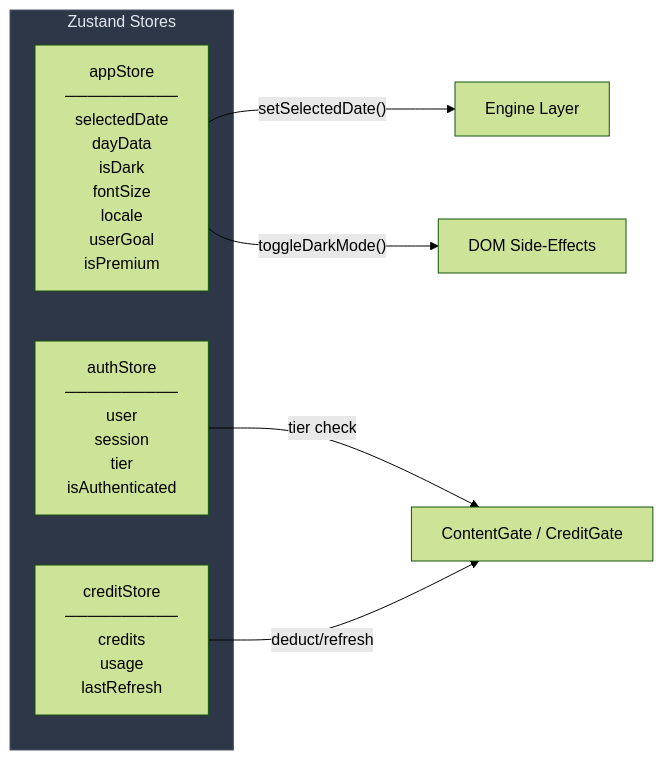
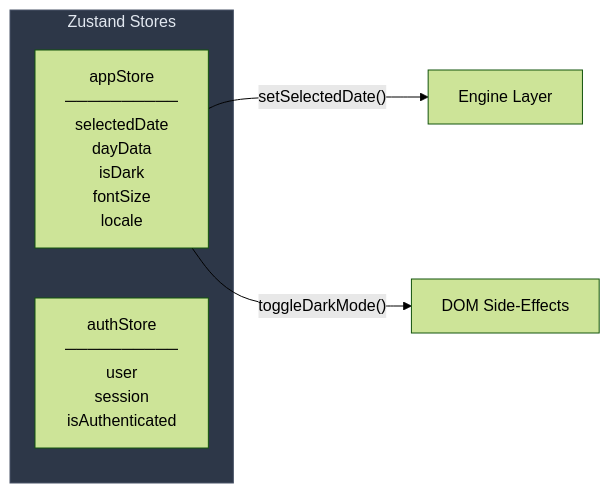
Before and after one commit to jakessteve/lich-viet: the third of 3 diagrams in docs/tech/ARCHITECTURE.md, drawn with Mermaid (forest theme). The commit also changed other lines of this file and 6 other files, not shown here.

````diff
--- a/docs/tech/ARCHITECTURE.md
+++ b/docs/tech/ARCHITECTURE.md
@@ -294,15 +250,12 @@
 ```mermaid
 graph LR
     subgraph Stores["Zustand Stores"]
-        AS["appStore<br/>──────────<br/>selectedDate<br/>dayData<br/>isDark<br/>fontSize<br/>locale<br/>userGoal<br/>isPremium"]
-        AUTH["authStore<br/>──────────<br/>user<br/>session<br/>tier<br/>isAuthenticated"]
-        CS["creditStore<br/>──────────<br/>credits<br/>usage<br/>lastRefresh"]
+        AS["appStore<br/>──────────<br/>selectedDate<br/>dayData<br/>isDark<br/>fontSize<br/>locale"]
+        AUTH["authStore<br/>──────────<br/>user<br/>session<br/>isAuthenticated"]
     end
 
     AS -->|"setSelectedDate()"| ENG["Engine Layer"]
     AS -->|"toggleDarkMode()"| DOM["DOM Side-Effects"]
-    AUTH -->|"tier check"| GATE["ContentGate / CreditGate"]
-    CS -->|"deduct/refresh"| GATE
 
     style Stores fill:#2d3748,stroke:#4a5568,color:#e2e8f0
 ```
````
